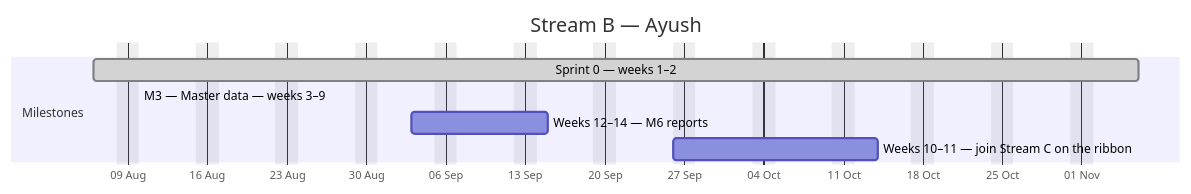
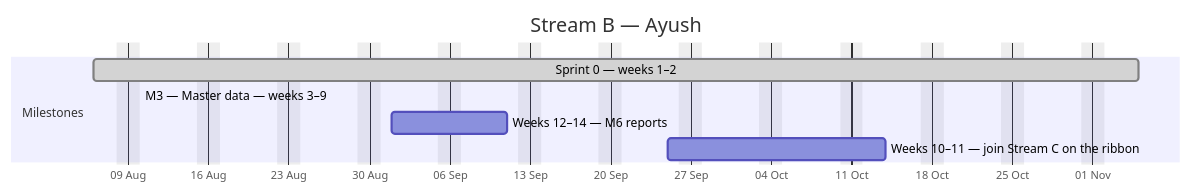
Before and after one commit to debashisedunext/EduTrack: the second of 4 diagrams in docs/plan/GANTT.md, drawn with Mermaid. The commit also changed other lines of this file and 2 other files, not shown here.

````diff
--- a/docs/plan/GANTT.md
+++ b/docs/plan/GANTT.md
@@ -129,12 +129,12 @@
 ```mermaid
 gantt
     dateFormat YYYY-MM-DD
     axisFormat %d %b
     title Stream B — Ayush
     excludes weekends
     section Milestones
-    Sprint 0 — weeks 1–2 :done, b0, 2026-08-06, 66d
+    Sprint 0 — weeks 1–2 :done, b0, 2026-08-06, 65d
     M3 — Master data — weeks 3–9 :active, b1, 2026-08-10, -20d
-    Weeks 12–14 — M6 reports :b2, 2026-09-03, 8d
-    Weeks 10–11 — join Stream C on the ribbon :b3, 2026-09-26, 13d
+    Weeks 12–14 — M6 reports :b2, 2026-09-01, 8d
+    Weeks 10–11 — join Stream C on the ribbon :b3, 2026-09-25, 13d
 ```
````
